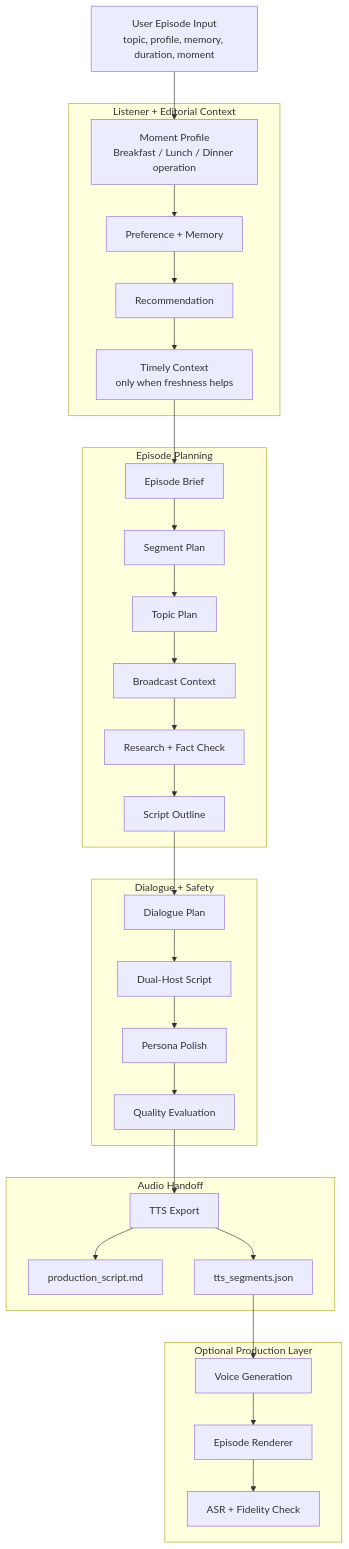
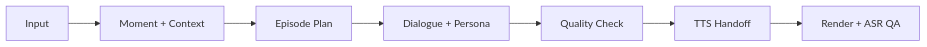
Before and after one commit to resonantravine/ai-radio-agent: the diagram in README.md, drawn with Mermaid. The commit also changed other lines of this file, not shown here.

Commit message:
Compact README pipeline diagram

````diff
--- a/README.md
+++ b/README.md
@@ -76,38 +69,9 @@
 ```mermaid
-flowchart TD
-    A["User Episode Input<br/>topic, profile, memory, duration, moment"] --> B["Moment Profile<br/>Breakfast / Lunch / Dinner operation"]
-
-    subgraph L["Listener + Editorial Context"]
-        B --> C["Preference + Memory"]
-        C --> D["Recommendation"]
-        D --> E["Timely Context<br/>only when freshness helps"]
-    end
-
-    subgraph P["Episode Planning"]
-        E --> F["Episode Brief"]
-        F --> G["Segment Plan"]
-        G --> H["Topic Plan"]
-        H --> I["Broadcast Context"]
-        I --> J["Research + Fact Check"]
-        J --> K["Script Outline"]
-    end
-
-    subgraph S["Dialogue + Safety"]
-        K --> M["Dialogue Plan"]
-        M --> N["Dual-Host Script"]
-        N --> O["Persona Polish"]
-        O --> Q["Quality Evaluation"]
-    end
-
-    subgraph T["Audio Handoff"]
-        Q --> R["TTS Export"]
-        R --> U["production_script.md"]
-        R --> V["tts_segments.json"]
-    end
-
-    subgraph X["Optional Production Layer"]
-        V --> W["Voice Generation"]
-        W --> Y["Episode Renderer"]
-        Y --> Z["ASR + Fidelity Check"]
-    end
+flowchart LR
+    A["Input"] --> B["Moment + Context"]
+    B --> C["Episode Plan"]
+    C --> D["Dialogue + Persona"]
+    D --> E["Quality Check"]
+    E --> F["TTS Handoff"]
+    F --> G["Render + ASR QA"]
 ```
````
